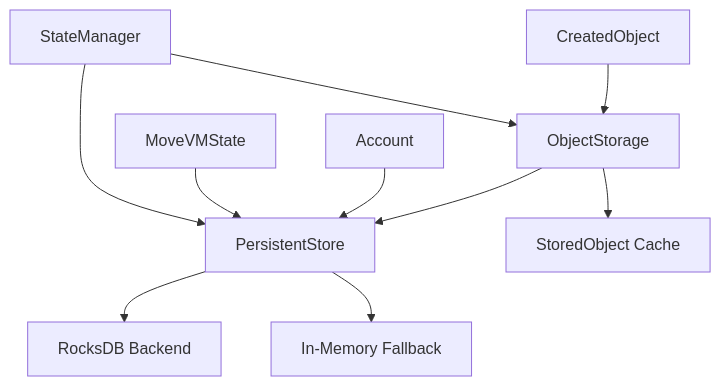
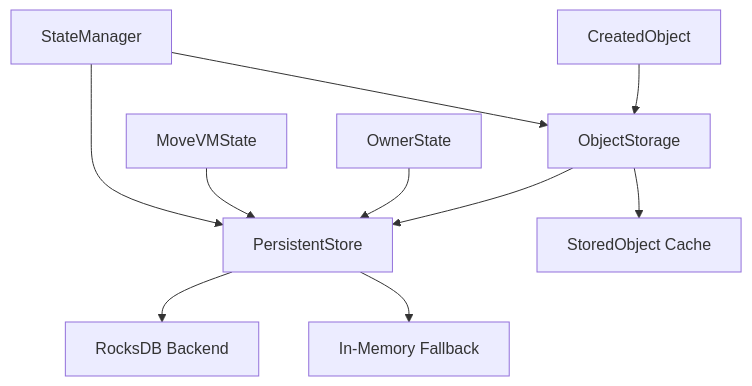
The third of 3 diagrams in move-execution/v1/kanari-move-runtime-v1/ER_DIAGRAM.md (kanari-network/kanari-sdk), drawn with Mermaid before and after one commit. The commit also changed other lines of this file and 10 other files, not shown here.

Commit message:
refactor: rename Account to OwnerState and update related references across the codebase

````diff
--- a/move-execution/v1/kanari-move-runtime-v1/ER_DIAGRAM.md
+++ b/move-execution/v1/kanari-move-runtime-v1/ER_DIAGRAM.md
@@ -82,13 +82,13 @@
 ```mermaid
 graph TD
     A[StateManager] --> B[PersistentStore]
     A --> C[ObjectStorage]
     B --> D[RocksDB Backend]
     C --> B
     C --> E[StoredObject Cache]
     B --> F[In-Memory Fallback]
     
     G[MoveVMState] --> B
     H[CreatedObject] --> C
-    I[Account] --> B
+    I[OwnerState] --> B
 ```
````
